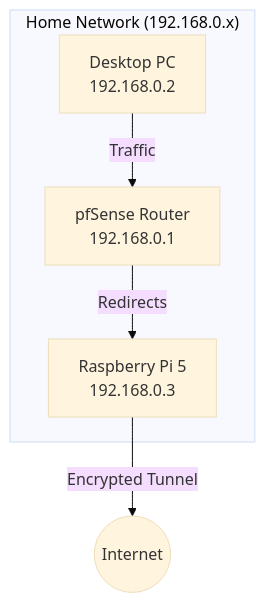
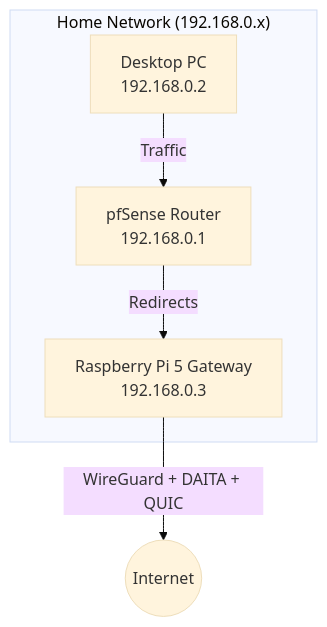
The diagram in README.md (dannyp9000/Mullvad-VPN-Hardened-Gateway), drawn with Mermaid (base theme) before and after one commit. The commit also changed other lines of this file, not shown here.

````diff
--- a/README.md
+++ b/README.md
@@ -15,15 +21,15 @@
 ```mermaid
 graph TD
     Internet((Internet))
     
     subgraph "Home Network (192.168.0.x)"
         Router[pfSense Router <br/> 192.168.0.1]
-        Pi[Raspberry Pi 5 <br/> 192.168.0.3]
+        Pi[Raspberry Pi 5 Gateway <br/> 192.168.0.3]
         PC[Desktop PC <br/> 192.168.0.2]
     end
 
     PC -->|Traffic| Router
     Router -->|Redirects| Pi
-    Pi -->|Encrypted Tunnel| Internet
+    Pi -->|WireGuard + DAITA + QUIC| Internet
 
 ```
````
